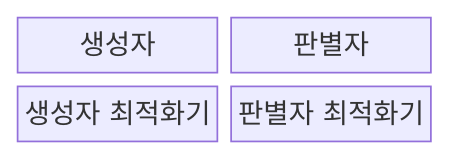
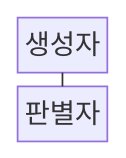
One commit to agnusdei1207/knowledge-base changed the first of 2 diagrams in src/content/docs/notes/01-basic-theory/046_gan.md. Above: the diagram before and after it, drawn with Mermaid. The commit also changed other lines of this file and 17 other files, not shown here.

````diff
--- a/src/content/docs/notes/01-basic-theory/046_gan.md
+++ b/src/content/docs/notes/01-basic-theory/046_gan.md
@@ -64,8 +63,7 @@
 ```mermaid
-block-beta
-    columns 2
+block
+    columns 1
     G["생성자"]
     D["판별자"]
-    OG["생성자 최적화기"]
-    OD["판별자 최적화기"]
+    G --- D
 ```
````
